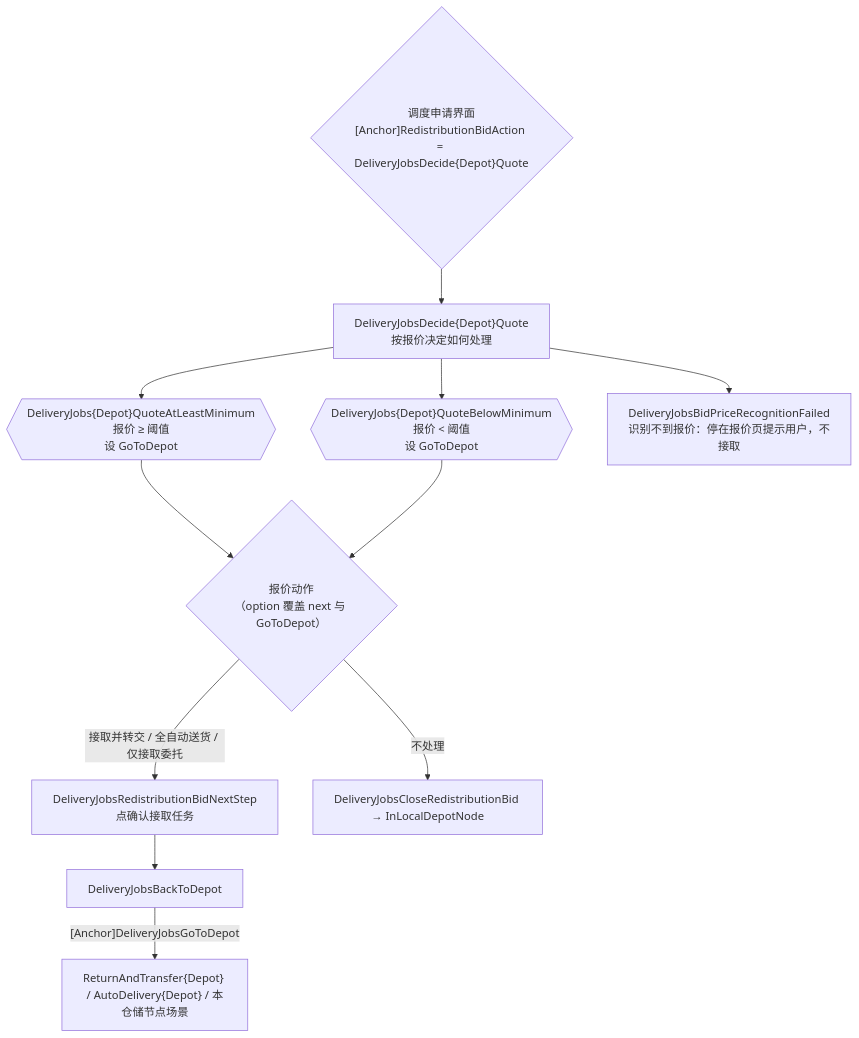
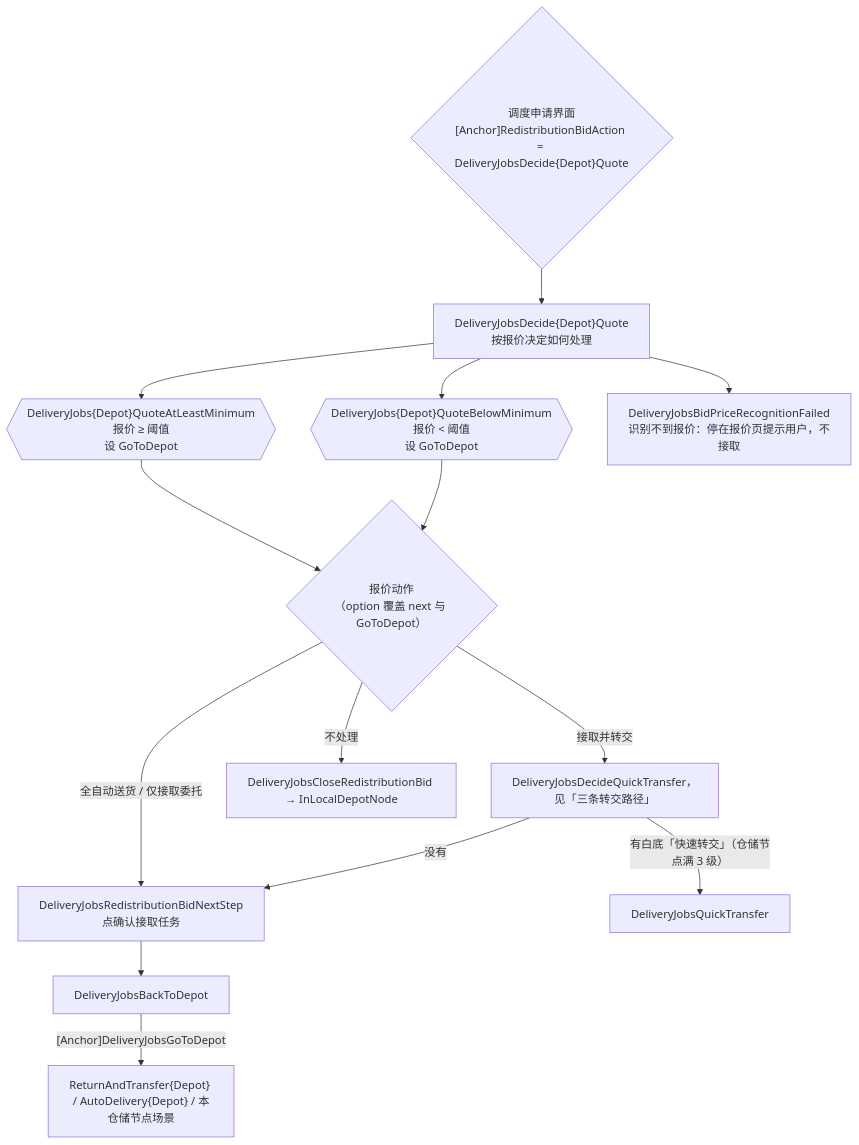
One commit to MaaEnd/MaaEnd changed the third of 6 diagrams in docs/zh_cn/developers/tasks/delivery-jobs-maintain.md. Above: the diagram before and after it, drawn with Mermaid. The commit also changed other lines of this file and 6 other files, not shown here.

First line of the commit message:
fix(DeliveryJobs): 调度申请界面等按钮稳定后判断是否走快速转交（仓储节点未满3级时回退接取）

````diff
--- a/docs/zh_cn/developers/tasks/delivery-jobs-maintain.md
+++ b/docs/zh_cn/developers/tasks/delivery-jobs-maintain.md
@@ -118,13 +126,16 @@
 ```mermaid
 flowchart TD
     Bid{"调度申请界面\n[Anchor]RedistributionBidAction = DeliveryJobsDecide{Depot}Quote"} --> Decide["DeliveryJobsDecide{Depot}Quote\n按报价决定如何处理"]
     Decide --> AtLeast{{"DeliveryJobs{Depot}QuoteAtLeastMinimum\n报价 ≥ 阈值\n设 GoToDepot"}}
     Decide --> Below{{"DeliveryJobs{Depot}QuoteBelowMinimum\n报价 < 阈值\n设 GoToDepot"}}
     Decide --> Fail["DeliveryJobsBidPriceRecognitionFailed\n识别不到报价：停在报价页提示用户，不接取"]
     AtLeast --> QA{"报价动作\n（option 覆盖 next 与 GoToDepot）"}
     Below --> QA
-    QA -->|接取并转交 / 全自动送货 / 仅接取委托| RB["DeliveryJobsRedistributionBidNextStep\n点确认接取任务"]
+    QA -->|接取并转交| QD["DeliveryJobsDecideQuickTransfer，见「三条转交路径」"]
+    QA -->|全自动送货 / 仅接取委托| RB["DeliveryJobsRedistributionBidNextStep\n点确认接取任务"]
     QA -->|不处理| Close["DeliveryJobsCloseRedistributionBid → InLocalDepotNode"]
+    QD -->|"有白底「快速转交」（仓储节点满 3 级）"| QT["DeliveryJobsQuickTransfer"]
+    QD -->|没有| RB
     RB --> Back["DeliveryJobsBackToDepot"]
     Back -->|"[Anchor]DeliveryJobsGoToDepot"| Land["ReturnAndTransfer{Depot} / AutoDelivery{Depot} / 本仓储节点场景"]
 ```
````
